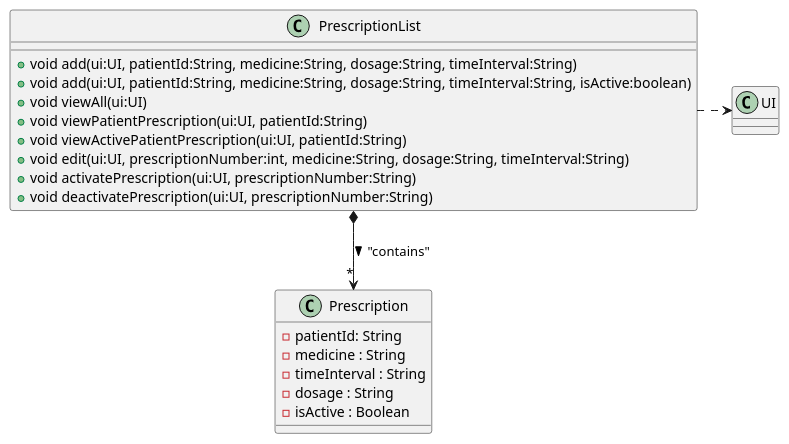
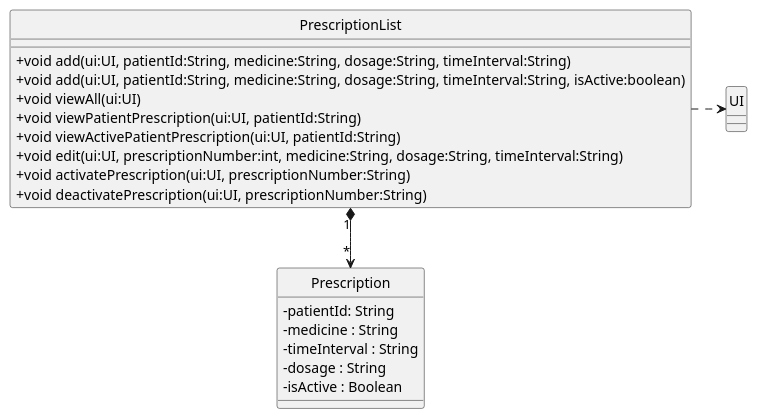
One commit to nus-cs2113-AY2223S1/tp changed the diagram in docs/diagrams/PrescriptionListClassDiagram.puml. Above: the diagram before and after it, drawn with PlantUML. The commit also changed 2 other files, not shown here.

Commit message:
Format changes to PlantUML diagram

```diff
--- a/docs/diagrams/PrescriptionListClassDiagram.puml
+++ b/docs/diagrams/PrescriptionListClassDiagram.puml
@@ -1,25 +1,28 @@
 @startuml
+hide circle
+skinparam classAttributeIconSize 0
+
 class PrescriptionList {
 + void add(ui:UI, patientId:String, medicine:String, dosage:String, timeInterval:String)
 + void add(ui:UI, patientId:String, medicine:String, dosage:String, timeInterval:String, isActive:boolean)
 + void viewAll(ui:UI)
 + void viewPatientPrescription(ui:UI, patientId:String)
 + void viewActivePatientPrescription(ui:UI, patientId:String)
 + void edit(ui:UI, prescriptionNumber:int, medicine:String, dosage:String, timeInterval:String)
 + void activatePrescription(ui:UI, prescriptionNumber:String)
 + void deactivatePrescription(ui:UI, prescriptionNumber:String)
 }
 
 class Prescription {
 - patientId: String
 - medicine : String
 - timeInterval : String
 - dosage : String
 - isActive : Boolean
 }
 
 class UI {}
 
-PrescriptionList *-down-> "*" Prescription : "contains" >
+PrescriptionList "1" *-down-> "*" Prescription
 PrescriptionList .right.> UI
 @enduml
```
